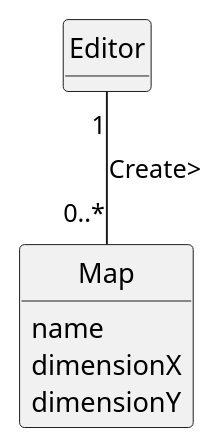
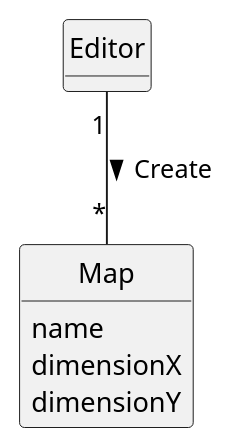
The diagram in docs/system-documentation/US001/02.analysis/puml/US001-DM.puml (bruno-monteiro5/sem2-pi-24.25-g132-repo), drawn with PlantUML before and after one commit. The commit also changed 26 other files, not shown here.

```diff
--- a/docs/system-documentation/US001/02.analysis/puml/US001-DM.puml
+++ b/docs/system-documentation/US001/02.analysis/puml/US001-DM.puml
@@ -1,33 +1,27 @@
 @startuml
 skinparam monochrome true
 skinparam packageStyle rectangle
 skinparam shadowing false
 
 'left to right direction
 
 skinparam classAttributeIconSize 0
 
 hide circle
 hide methods
 
 'title Domain Model
 
 class Editor {
 
  }
 
  class Map {
  name
  dimensionX
  dimensionY
  }
 
-
-
-
-
- 'Platform "1" -- "*" Organization : has registered >
- 'Platform "1" -- "*" Category : defines >
- Editor "1" -- "0..*" Map : Create>
+ Editor "1" -- "*" Map : Create >
 
 @enduml
```
